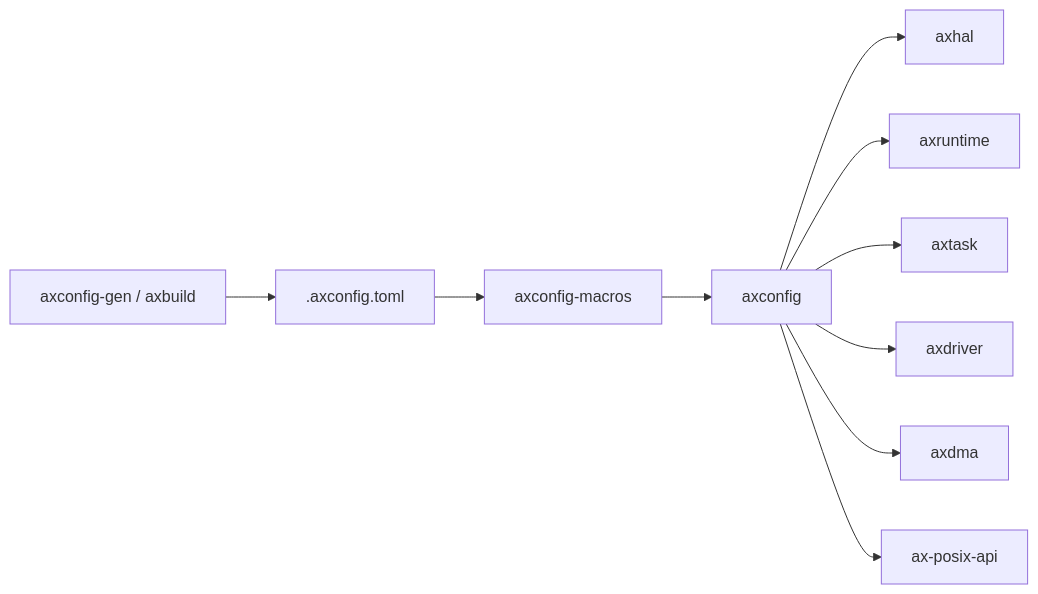
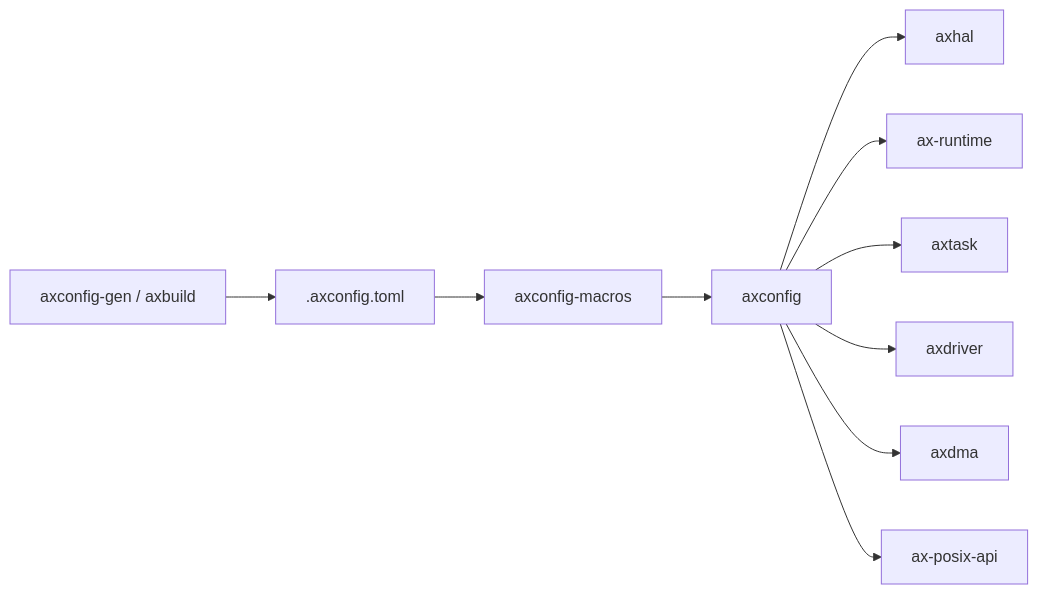
One commit to zKurisu/tgoskits changed the second of 2 diagrams in docs/crates/axconfig.md. Above: the diagram before and after it, drawn with Mermaid. The commit also changed other lines of this file and 69 other files, not shown here.

Commit message:
rename axruntime to ax-runtime

````diff
--- a/docs/crates/axconfig.md
+++ b/docs/crates/axconfig.md
@@ -92,13 +92,13 @@
 ```mermaid
 graph LR
     gen["axconfig-gen / axbuild"] --> toml[".axconfig.toml"]
     toml --> macros["axconfig-macros"]
     macros --> axconfig["axconfig"]
 
     axconfig --> axhal["axhal"]
-    axconfig --> axruntime["axruntime"]
+    axconfig --> ax-runtime["ax-runtime"]
     axconfig --> axtask["axtask"]
     axconfig --> axdriver["axdriver"]
     axconfig --> axdma["axdma"]
     axconfig --> posix["ax-posix-api"]
 ```
````
